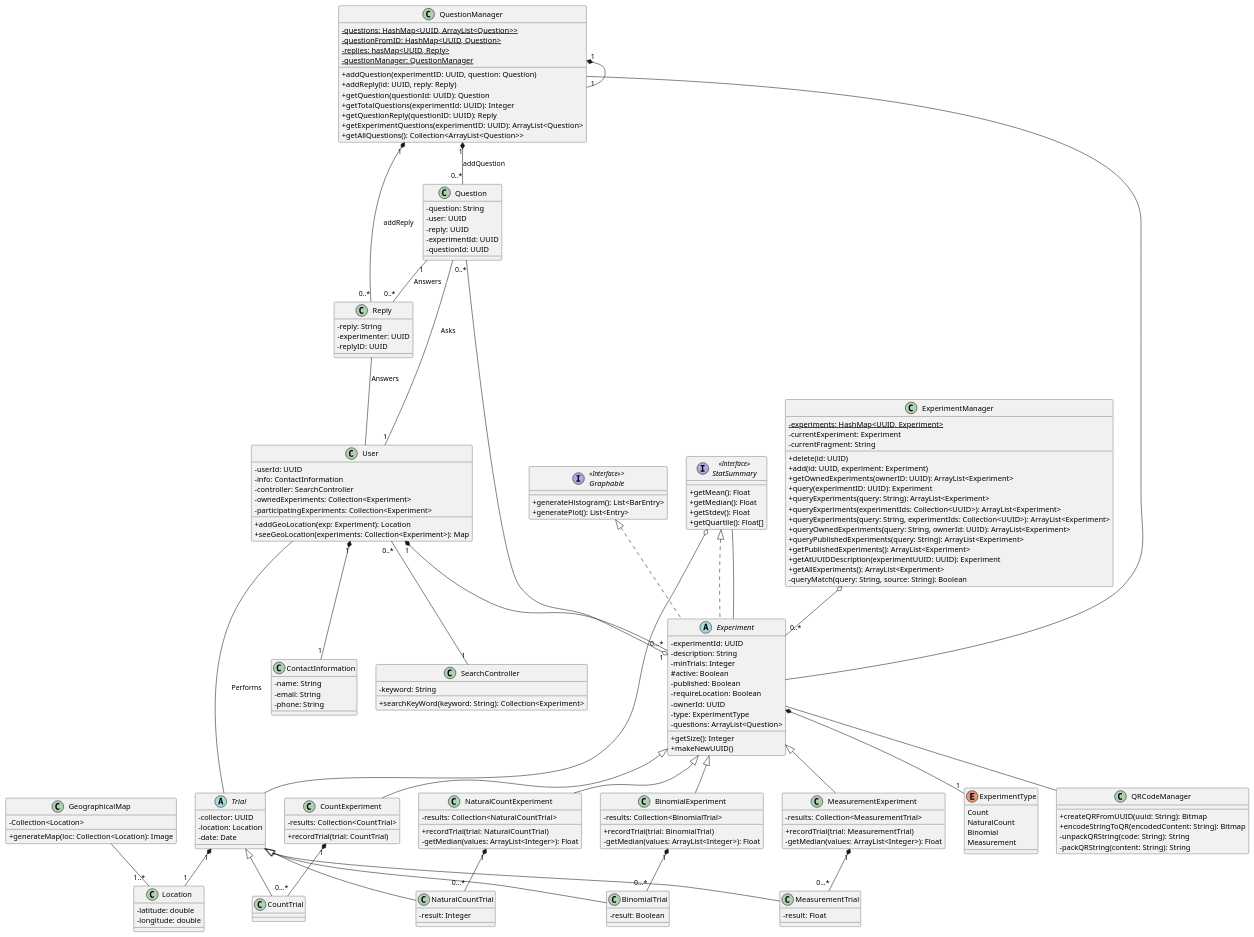
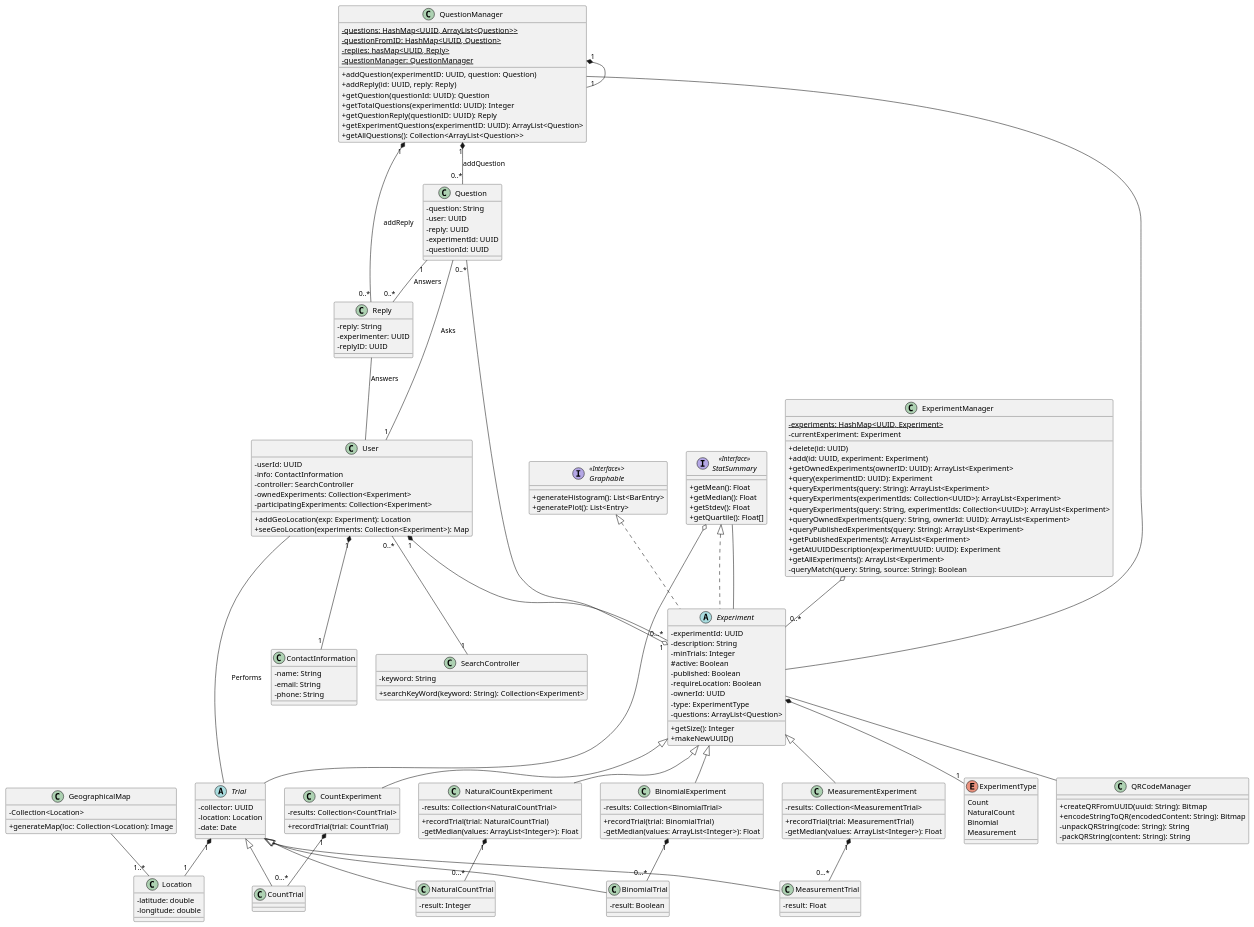
The diagram in doc/uml/uml.puml (CMPUT301W21T03/Experiment-Automata), drawn with PlantUML before and after one commit.

Commit message:
fixed UML to reflect changes

```diff
--- a/doc/uml/uml.puml
+++ b/doc/uml/uml.puml
@@ -18,7 +18,6 @@
 class ExperimentManager{
    - {static} experiments: HashMap<UUID, Experiment> 
    - currentExperiment: Experiment 
-   - currentFragment: String
 
    + delete(id: UUID)
    + add(id: UUID, experiment: Experiment)
```
